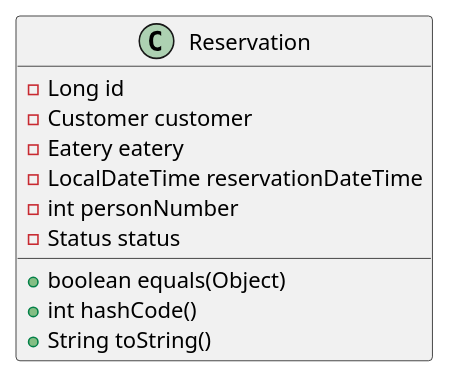
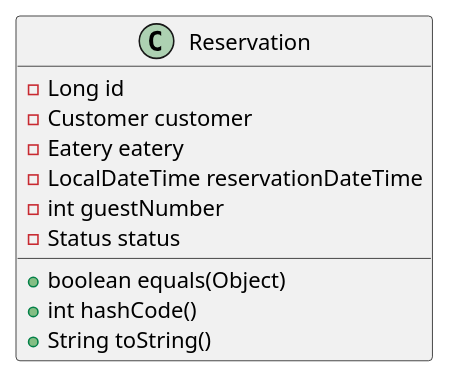
One commit to kyklospi/eatery changed the diagram in diagram/reservation.puml. Above: the diagram before and after it, drawn with PlantUML. The commit also changed 5 other files, not shown here.

Commit message:
rename person number to guest number

```diff
--- a/diagram/reservation.puml
+++ b/diagram/reservation.puml
@@ -1,13 +1,13 @@
 @startuml
 class Reservation {
 - Long id
 - Customer customer
 - Eatery eatery
 - LocalDateTime reservationDateTime
-- int personNumber
+- int guestNumber
 - Status status
 + boolean equals(Object)
 + int hashCode()
 + String toString()
 }
 @enduml
```
